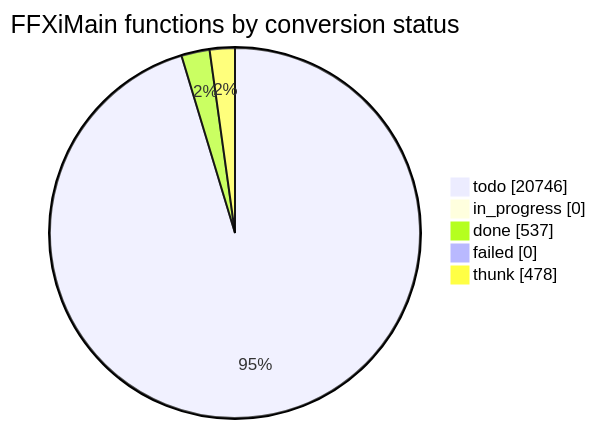
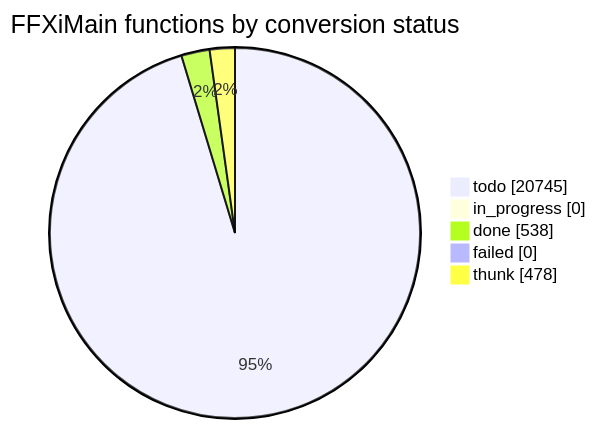
One commit to cowrevenge/cow_kuluu_xi_anything changed the diagram in docs/cow/STATUS.md. Above: the diagram before and after it, drawn with Mermaid. The commit also changed other lines of this file and 9 other files, not shown here.

````diff
--- a/docs/cow/STATUS.md
+++ b/docs/cow/STATUS.md
@@ -18,9 +18,9 @@
 ```mermaid
 pie showData
     title FFXiMain functions by conversion status
-    "todo" : 20746
+    "todo" : 20745
     "in_progress" : 0
-    "done" : 537
+    "done" : 538
     "failed" : 0
     "thunk" : 478
 ```
````
